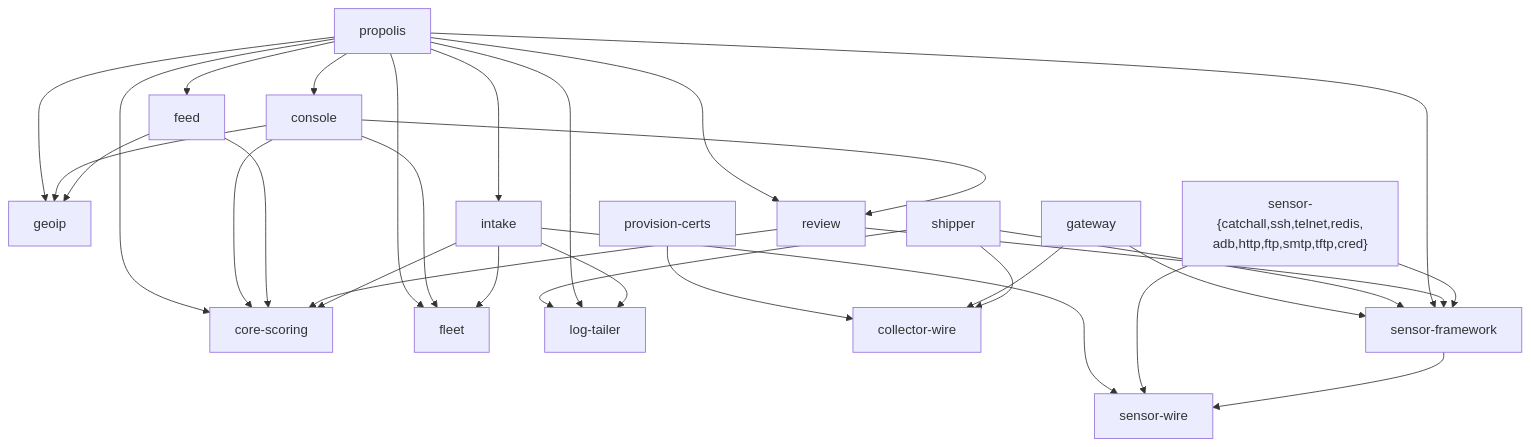
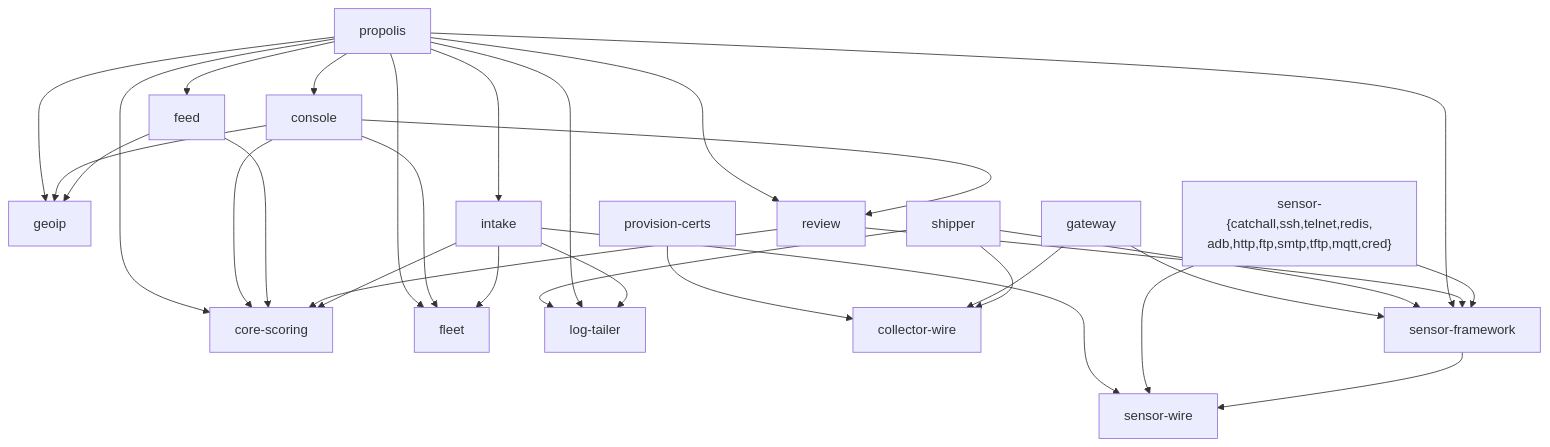
One commit to brandontroidl/Propolis changed the diagram in docs/architecture/components.md. Above: the diagram before and after it, drawn with Mermaid. The commit also changed other lines of this file and 61 other files, not shown here.

````diff
--- a/docs/architecture/components.md
+++ b/docs/architecture/components.md
@@ -77,50 +78,50 @@
 ```mermaid
 graph TD
   wire[sensor-wire]
   core[core-scoring]
   geoip[geoip]
   fleet[fleet]
   tailer[log-tailer]
   cwire[collector-wire]
   fw[sensor-framework]
-  sensors["sensor-{catchall,ssh,telnet,redis,<br/>adb,http,ftp,smtp,tftp,cred}"]
+  sensors["sensor-{catchall,ssh,telnet,redis,<br/>adb,http,ftp,smtp,tftp,mqtt,cred}"]
   intake[intake]
   review[review]
   feed[feed]
   console[console]
   propolis[propolis]
   shipper[shipper]
   gateway[gateway]
   certs[provision-certs]
 
   fw --> wire
   sensors --> wire
   sensors --> fw
   intake --> wire
   intake --> core
   intake --> fleet
   intake --> tailer
   review --> core
   review --> fw
   feed --> core
   feed --> geoip
   console --> core
   console --> fleet
   console --> geoip
   console --> review
   propolis --> console
   propolis --> core
   propolis --> feed
   propolis --> fleet
   propolis --> geoip
   propolis --> intake
   propolis --> tailer
   propolis --> review
   propolis --> fw
   shipper --> cwire
   shipper --> tailer
   shipper --> fw
   gateway --> cwire
   gateway --> fw
   certs --> cwire
 ```
````
